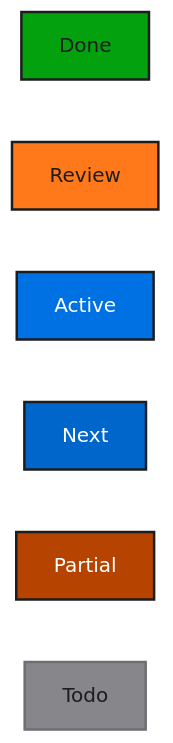
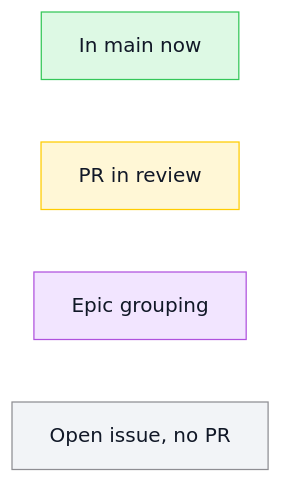
The first of 3 diagrams in README.md (mihaelamj/PureYAML), drawn with Mermaid (forest theme) before and after one commit. The commit also changed other lines of this file and 2 other files, not shown here.

Commit message:
docs(roadmap): follow tiledown mermaid palette

````diff
--- a/README.md
+++ b/README.md
@@ -25,20 +24,14 @@
 ```mermaid
 flowchart TB
-  classDef done fill:#03A10E,color:#1D1D1F,stroke:#1D1D1F,stroke-width:2px
-  classDef review fill:#FF791B,color:#1D1D1F,stroke:#1D1D1F,stroke-width:2px
-  classDef active fill:#0071E3,color:#FFFFFF,stroke:#1D1D1F,stroke-width:2px
-  classDef next fill:#0066CC,color:#FFFFFF,stroke:#1D1D1F,stroke-width:2px
-  classDef partial fill:#B64400,color:#FFFFFF,stroke:#1D1D1F,stroke-width:2px
-  classDef todo fill:#86868B,color:#1D1D1F,stroke:#6E6E73,stroke-width:2px
-  LDone[Done]:::done
-  LReview[Review]:::review
-  LActive[Active]:::active
-  LNext[Next]:::next
-  LPartial[Partial]:::partial
-  LTodo[Todo]:::todo
+  classDef done fill:#ddf9e4,stroke:#34c759,color:#111827
+  classDef review fill:#fff7d6,stroke:#ffcc00,color:#111827
+  classDef epic fill:#f2e5ff,stroke:#af52de,color:#111827
+  classDef todo fill:#f2f4f7,stroke:#8e8e93,color:#111827
+  LDone["In main now"]:::done
+  LReview["PR in review"]:::review
+  LEpic["Epic grouping"]:::epic
+  LTodo["Open issue, no PR"]:::todo
   LDone ~~~ LReview
-  LReview ~~~ LActive
-  LActive ~~~ LNext
-  LNext ~~~ LPartial
-  LPartial ~~~ LTodo
+  LReview ~~~ LEpic
+  LEpic ~~~ LTodo
 ```
````
